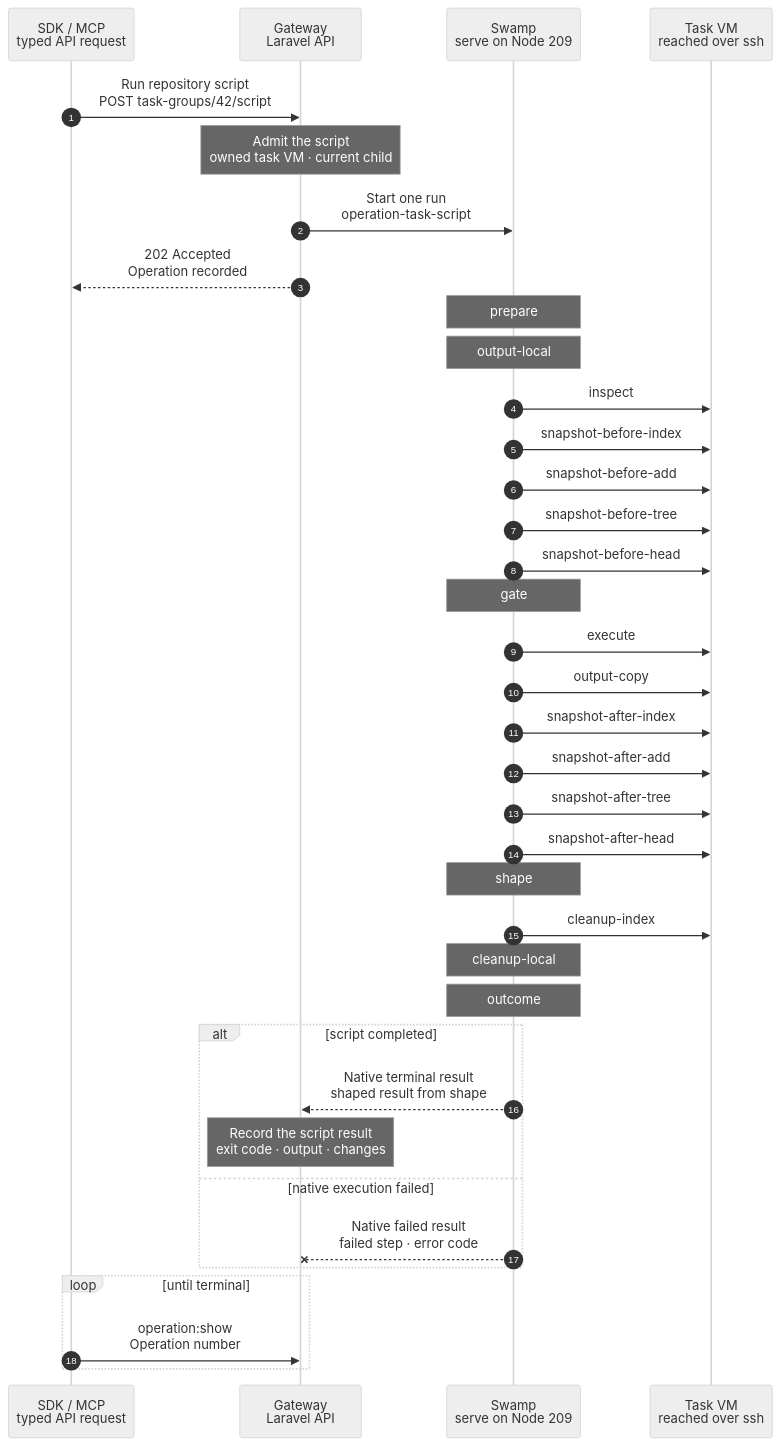
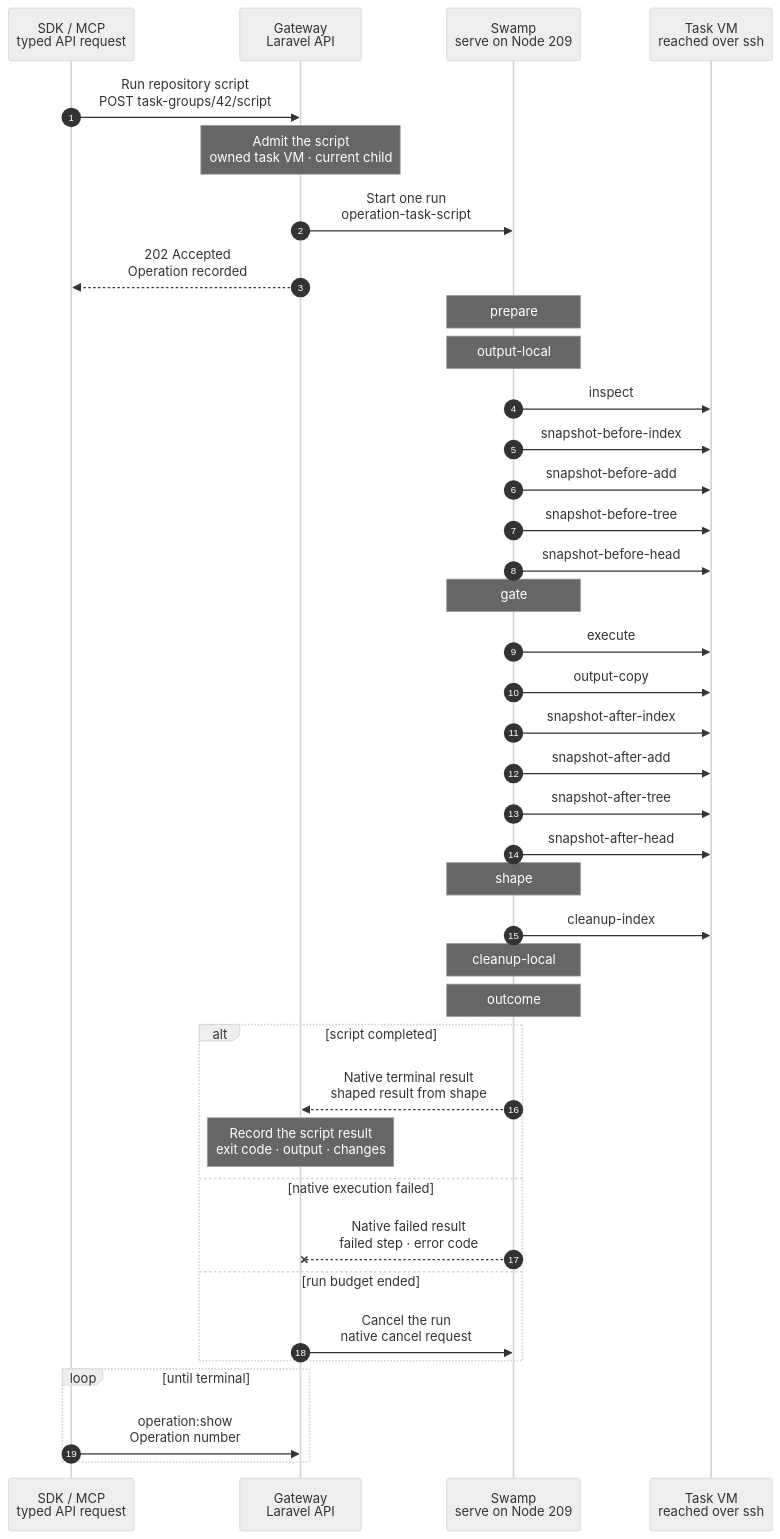
One commit to hardimpactdev/orbit changed the diagram in docs/cli/tasks/script.mmd. Above: the diagram before and after it, drawn with Mermaid (neutral theme). The commit also changed 41 other files, not shown here.

First line of the commit message:
swamp: task VM runs end with their Operation (step time limits, native cancel on timeout and group end, per-VM behavior names)

```diff
--- a/docs/cli/tasks/script.mmd
+++ b/docs/cli/tasks/script.mmd
@@ -1,104 +1,112 @@
 sequenceDiagram
   %% Target design: tracked repository script, docs/reference/tasks.md#run-a-tracked-repository-script; flow-tighten rule 14. Official SSH argv operations remain separate; native assert is the end check.
   %% status: migrated
   %% command: none · SDK/MCP repository script
   %% kind: tasks.script
   autonumber
   %% lane CLI icon=terminal pill=caller tone=gray
   %% lane GW icon=gateway pill=intent tone=blue
   %% lane SW icon=workflow pill=executes tone=green
   %% lane N icon=server pill=target tone=amber
   participant CLI as SDK / MCP<br/>typed API request
   participant GW as Gateway<br/>Laravel API
   participant SW as Swamp<br/>serve on Node 209
   participant N as Task VM<br/>reached over ssh
   CLI->>GW: Run repository script<br/>POST task-groups/42/script
   %%> Input:
   %%> - child 7, the tracked repository path and literal arguments, with an idempotency key
   %%> What it does:
   %%> - the SDK and MCP call the same API; this operation has no CLI command
   Note over GW: Admit the script<br/>owned task VM · current child
   %%> Requirements:
   %%> - group 42 is external and open; child 7 is current and open
   %%> - your Node has an access grant to the workspace Node
   %%> - the script path and arguments are valid literal inputs
   GW->>SW: Start one run<br/>operation-task-script
   %%> Inputs:
   %%> - the repository path, literal arguments, checkout and pinned SSH identity
   GW-->>CLI: 202 Accepted<br/>Operation recorded
   %%> Result:
   %%> - the caller follows the Operation while Swamp runs the script
   Note over SW: prepare
   %%> What it does:
   %%> - Build the tracked script argv and private output paths from the admitted intent.
   Note over SW: output-local
   %%> What it does:
   %%> - Create the private output download directory on Node 209.
   SW->>N: inspect
   %%> What it does:
   %%> - Read the tracked script mode through the pinned SSH target; it must be executable in HEAD.
   SW->>N: snapshot-before-index
   %%> What it does:
   %%> - Read HEAD into a separate index; keep the real Git index unchanged.
   SW->>N: snapshot-before-add
   %%> What it does:
   %%> - Include the whole workspace in the separate index.
   SW->>N: snapshot-before-tree
   %%> What it does:
   %%> - Read the exact candidate tree, including untracked files.
   SW->>N: snapshot-before-head
   %%> What it does:
   %%> - Read the candidate HEAD.
   Note over SW: gate
   %%> What it does:
   %%> - Refuse an unavailable tracked executable before it runs.
   SW->>N: execute
   %%> What it does:
   %%> - Run the tracked script with literal arguments; keep stdout and stderr in private files.
+  %%> - Every SSH step ends at the run budget that the admission captured, so a step against a VM that is gone ends.
   SW->>N: output-copy
   %%> What it does:
   %%> - Download private script output with official SSH copy.
   SW->>N: snapshot-after-index
   %%> What it does:
   %%> - Read HEAD into the separate index after execution.
   SW->>N: snapshot-after-add
   %%> What it does:
   %%> - Include the whole workspace after execution.
   SW->>N: snapshot-after-tree
   %%> What it does:
   %%> - Read the resulting tree to detect script changes.
   SW->>N: snapshot-after-head
   %%> What it does:
   %%> - Read the resulting HEAD.
   Note over SW: shape
   %%> What it does:
   %%> - Read and redact the downloaded output, retain a bounded tail and workspace changes, then remove the private download.
   SW->>N: cleanup-index
   %%> What it does:
   %%> - Remove the private index and remote output directory on success or failure.
   Note over SW: cleanup-local
   %%> What it does:
   %%> - Remove the private worker output directory on success or failure.
   Note over SW: outcome
   %%> What it does:
   %%> - Native assert fails for an unavailable executable or transport failure; a script exit code remains a completed execution.
   alt script completed
     SW-->>GW: Native terminal result<br/>shaped result from shape
     %%> Result:
     %%> - the Gateway captures the producer's public result from the same native history read
     %%> - no shell step prints the result again
     Note over GW: Record the script result<br/>exit code · output · changes
     %%> Result:
     %%> - a nonzero script exit returns outcome failed in a successful Operation; the board stays unchanged
   else native execution failed
     SW--xGW: Native failed result<br/>failed step · error code
     %%> Result:
     %%> - the Operation fails with the native refusal or transport error code
     %%> Retry:
     %%> - inspect the failed Operation before admitting a fresh script run
+  else run budget ended
+    GW->>SW: Cancel the run<br/>native cancel request
+    %%> What it does:
+    %%> - the Gateway fails the Operation with operation.timed_out and asks Swamp to cancel the bound run
+    %%> - ending the task group asks again for a run that outlived its timeout, before the VM is destroyed
+    %%> Result:
+    %%> - Swamp stops the run and releases its SSH behavior lock; the behavior is named by the VM's Node id, so the next VM never shares it
   end
   loop until terminal
     CLI->>GW: operation:show<br/>Operation number
     %%> Returns:
     %%> - the Operation status and bounded public result
   end
```
